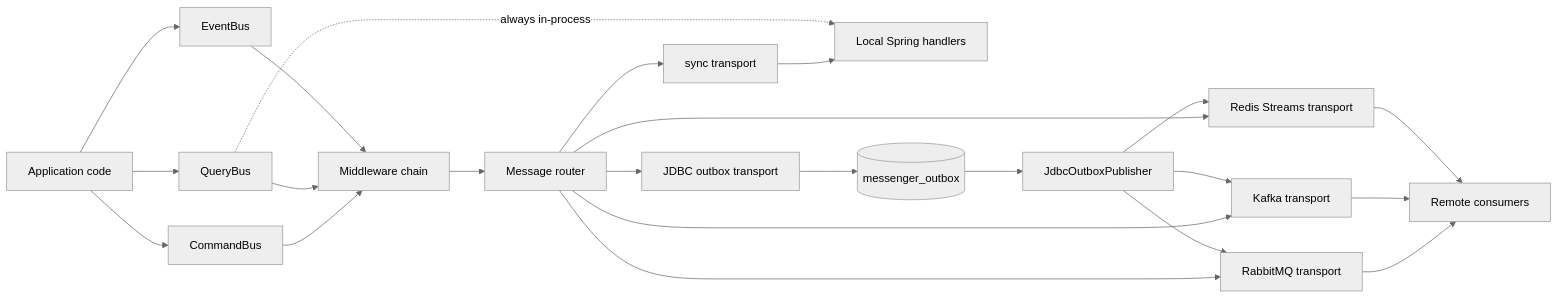
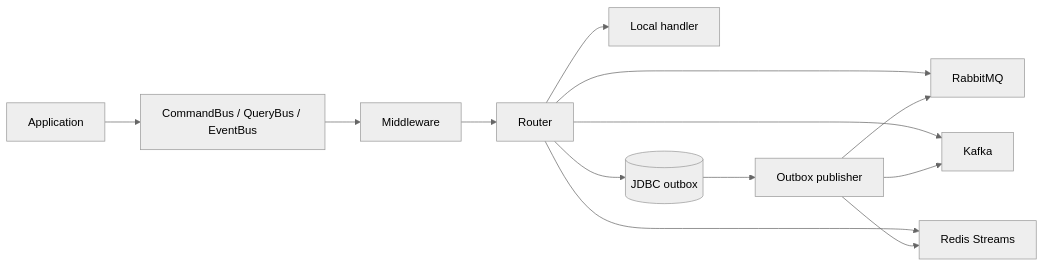
Before and after one commit to CorentinGuerrero/spring-application-messenger: the diagram in README.md, drawn with Mermaid (neutral theme). The commit also changed other lines of this file and 5 other files, not shown here.

````diff
--- a/README.md
+++ b/README.md
@@ -21,32 +32,15 @@
 ```mermaid
 flowchart LR
-    App["Application code"] --> CommandBus["CommandBus"]
-    App --> QueryBus["QueryBus"]
-    App --> EventBus["EventBus"]
-
-    CommandBus --> Middleware["Middleware chain"]
-    QueryBus --> Middleware
-    EventBus --> Middleware
-
-    Middleware --> Router["Message router"]
-
-    Router --> Sync["sync transport"]
-    Sync --> LocalHandlers["Local Spring handlers"]
-
-    Router --> Rabbit["RabbitMQ transport"]
-    Router --> Kafka["Kafka transport"]
-    Router --> Redis["Redis Streams transport"]
-    Router --> Outbox["JDBC outbox transport"]
-
-    Rabbit --> ExternalConsumers["Remote consumers"]
-    Kafka --> ExternalConsumers
-    Redis --> ExternalConsumers
-
-    Outbox --> OutboxTable[("messenger_outbox")]
-    OutboxTable --> Publisher["JdbcOutboxPublisher"]
+    App["Application"] --> Bus["CommandBus / QueryBus / EventBus"]
+    Bus --> Middleware["Middleware"]
+    Middleware --> Router["Router"]
+    Router --> Sync["Local handler"]
+    Router --> Rabbit["RabbitMQ"]
+    Router --> Kafka["Kafka"]
+    Router --> Redis["Redis Streams"]
+    Router --> Outbox[("JDBC outbox")]
+    Outbox --> Publisher["Outbox publisher"]
     Publisher --> Rabbit
     Publisher --> Kafka
     Publisher --> Redis
-
-    QueryBus -. "always in-process" .-> LocalHandlers
 ```
````
